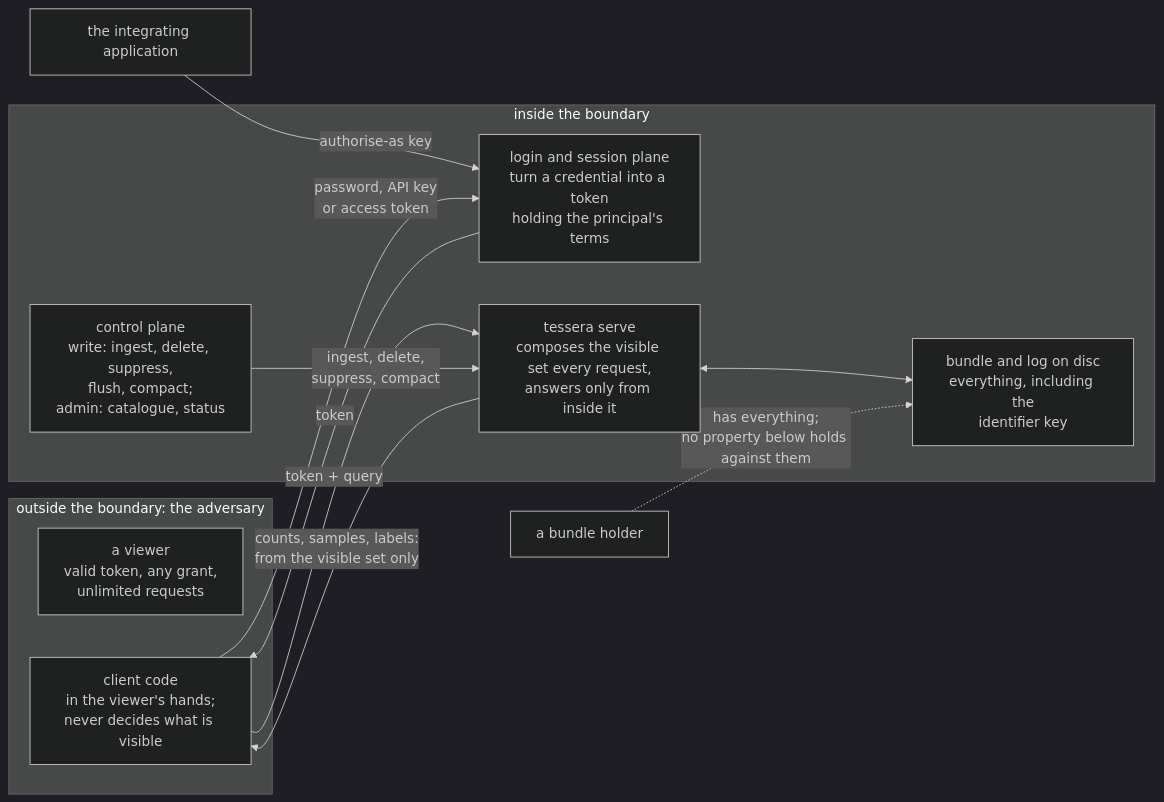
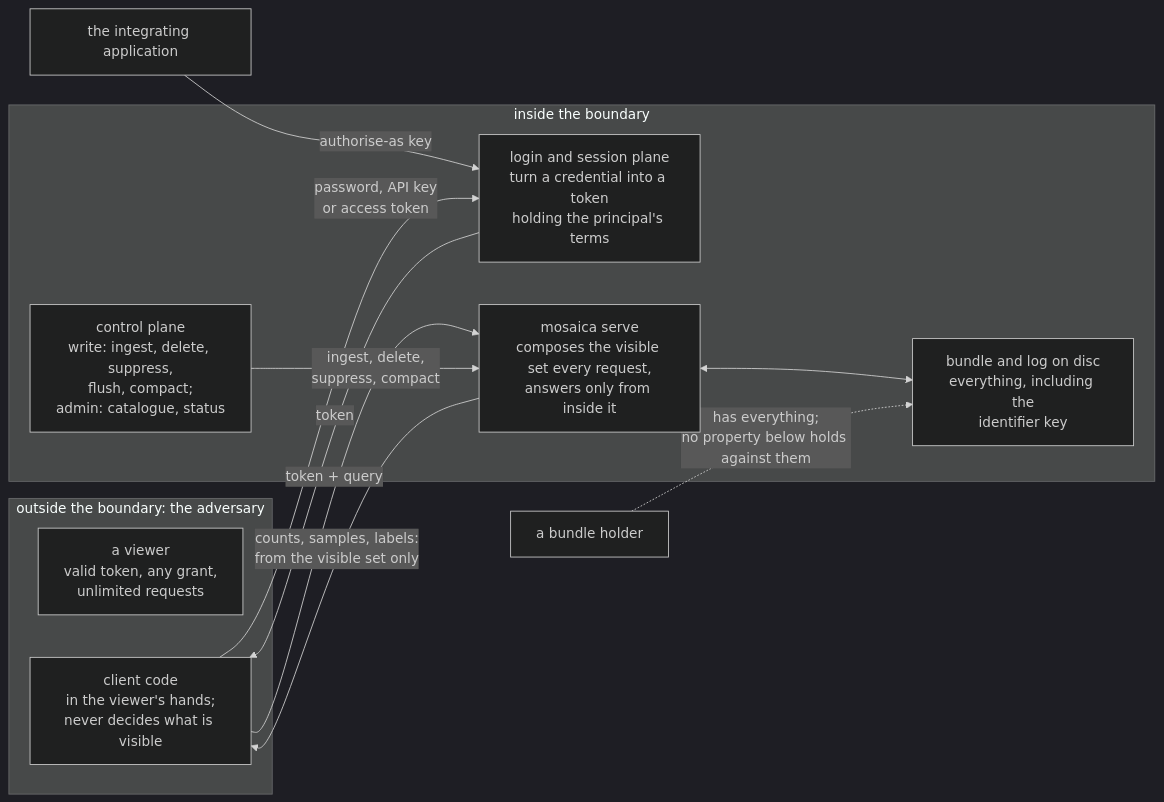
Before and after one commit to jennis0/tesseradb: the diagram in docs/system/security.md, drawn with Mermaid (dark theme). The commit also changed other lines of this file and 1179 other files, not shown here.

First line of the commit message:
Rename Tessera to Mosaica in contents

````diff
--- a/docs/system/security.md
+++ b/docs/system/security.md
@@ -106,24 +106,24 @@
 ```mermaid
 flowchart LR
   subgraph untrusted["outside the boundary: the adversary"]
     viewer["a viewer<br/>valid token, any grant,<br/>unlimited requests"]
     client["client code<br/>in the viewer's hands;<br/>never decides what is visible"]
   end
 
   subgraph trusted["inside the boundary"]
     session["login and session plane<br/>turn a credential into a token<br/>holding the principal's terms"]
-    serve["tessera serve<br/>composes the visible set every request,<br/>answers only from inside it"]
+    serve["mosaica serve<br/>composes the visible set every request,<br/>answers only from inside it"]
     control["control plane<br/>write: ingest, delete, suppress,<br/>flush, compact;<br/>admin: catalogue, status"]
     bundle["bundle and log on disc<br/>everything, including the<br/>identifier key"]
   end
 
   issuer["the integrating application"] -- "authorise-as key" --> session
   client -- "password, API key<br/>or access token" --> session
   session -- "token" --> client
   client -- "token + query" --> serve
   serve -- "counts, samples, labels:<br/>from the visible set only" --> client
   control -- "ingest, delete,<br/>suppress, compact" --> serve
   serve <--> bundle
 
   holder["a bundle holder"] -. "has everything;<br/>no property below holds against them" .-> bundle
 ```
````
